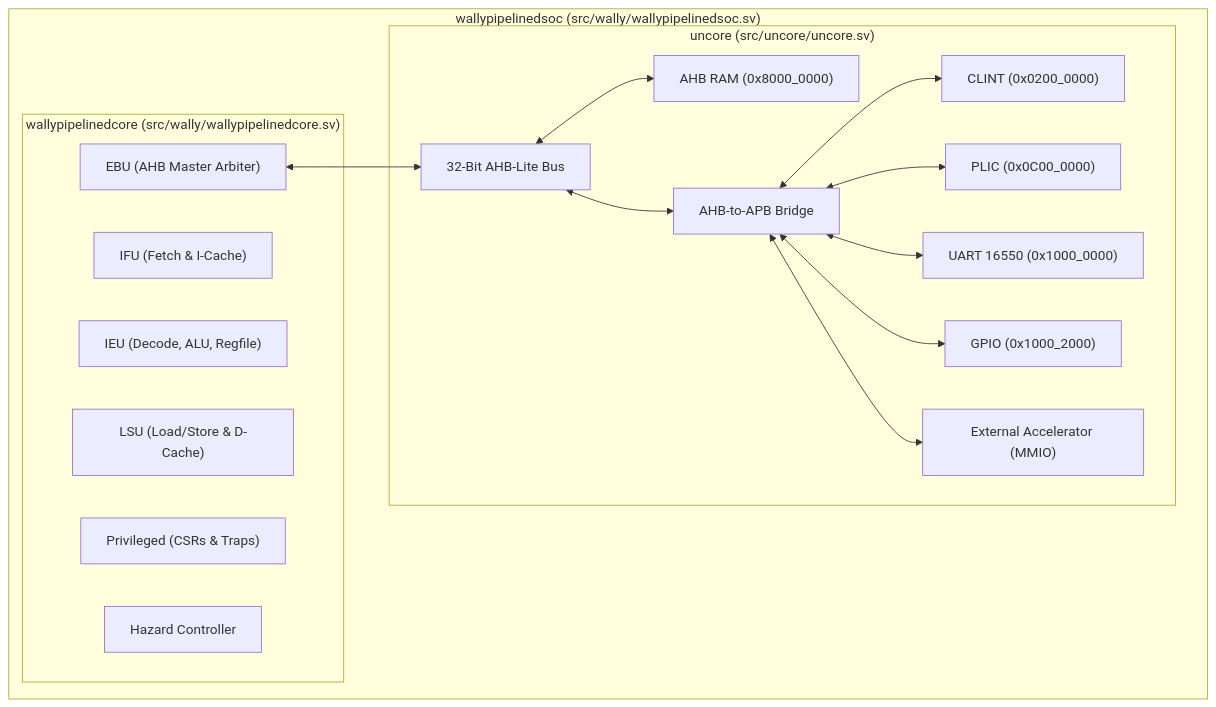
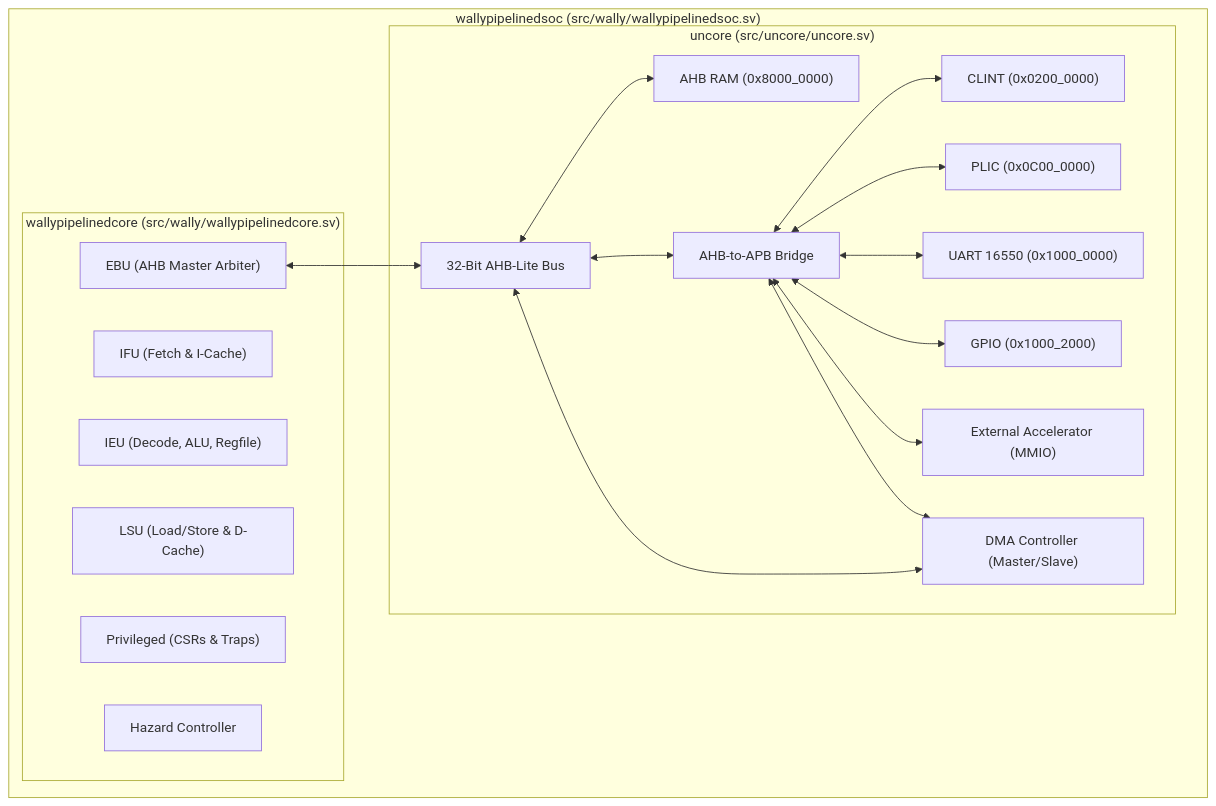
The first of 2 diagrams in sample_1/README.md (BommisettyGanesh/cvw), drawn with Mermaid before and after one commit. The commit also changed other lines of this file, not shown here.

Commit message:
Update sample_1 README with AHB DMA controller hardware design and driver instructions

````diff
--- a/sample_1/README.md
+++ b/sample_1/README.md
@@ -77,33 +78,36 @@
 ```mermaid
 graph TD
     subgraph SoC["wallypipelinedsoc (src/wally/wallypipelinedsoc.sv)"]
         subgraph CPU["wallypipelinedcore (src/wally/wallypipelinedcore.sv)"]
             IFU["IFU (Fetch & I-Cache)"]
             IEU["IEU (Decode, ALU, Regfile)"]
             LSU["LSU (Load/Store & D-Cache)"]
             PRIV["Privileged (CSRs & Traps)"]
             HAZ["Hazard Controller"]
             EBU["EBU (AHB Master Arbiter)"]
         end
 
         subgraph Uncore["uncore (src/uncore/uncore.sv)"]
             AHB_BUS["32-Bit AHB-Lite Bus"]
             RAM["AHB RAM (0x8000_0000)"]
             BRIDGE["AHB-to-APB Bridge"]
             CLINT["CLINT (0x0200_0000)"]
             PLIC["PLIC (0x0C00_0000)"]
             UART["UART 16550 (0x1000_0000)"]
             GPIO["GPIO (0x1000_2000)"]
             ACCEL["External Accelerator (MMIO)"]
+            DMA["DMA Controller (Master/Slave)"]
         end
     end
 
     EBU <--> AHB_BUS
+    DMA <--> AHB_BUS
     AHB_BUS <--> RAM
     AHB_BUS <--> BRIDGE
     BRIDGE <--> CLINT
     BRIDGE <--> PLIC
     BRIDGE <--> UART
     BRIDGE <--> GPIO
     BRIDGE <--> ACCEL
+    BRIDGE <--> DMA
 ```
````
